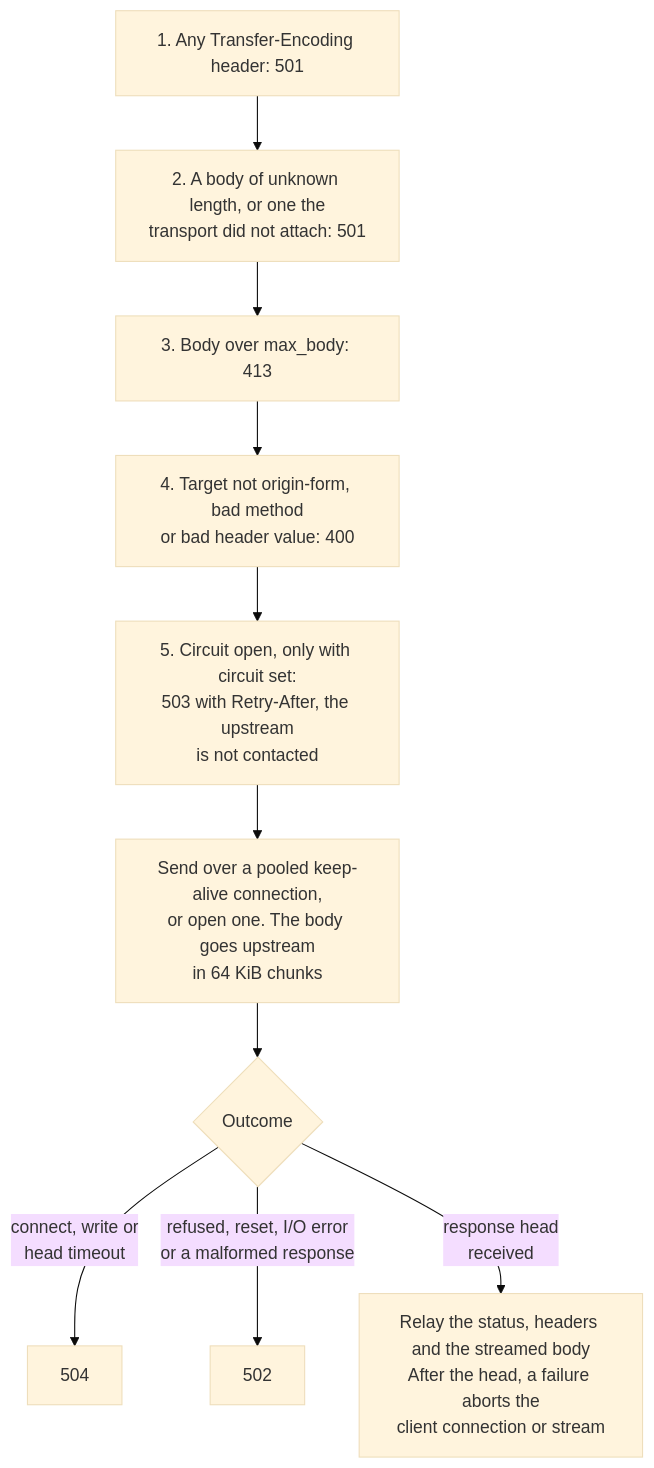
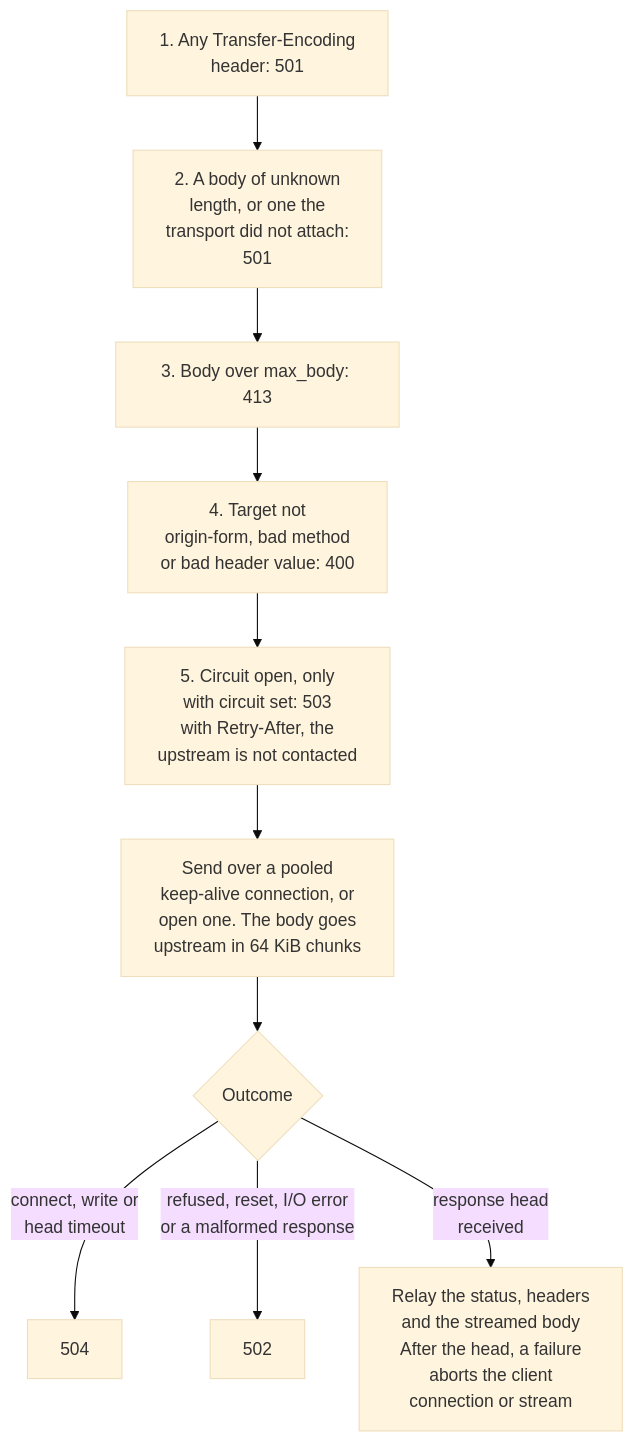
The fourth of 6 diagrams in docs/design/proxy-routing.md (BlivionIaG/sjws_nettask), drawn with Mermaid (base theme) before and after one commit. The commit also changed other lines of this file and 8 other files, not shown here.

First line of the commit message:
docs: re-wrap long diagram labels so words do not orphan

````diff
--- a/docs/design/proxy-routing.md
+++ b/docs/design/proxy-routing.md
@@ -157,12 +157,12 @@
 ```mermaid
 flowchart TD
-    c1["1. Any Transfer-Encoding header: 501"] --> c2["2. A body of unknown length, or one the<br/>transport did not attach: 501"]
+    c1["1. Any Transfer-Encoding<br/>header: 501"] --> c2["2. A body of unknown<br/>length, or one the<br/>transport did not attach:<br/>501"]
     c2 --> c3["3. Body over max_body: 413"]
-    c3 --> c4["4. Target not origin-form, bad method<br/>or bad header value: 400"]
-    c4 --> c5["5. Circuit open, only with circuit set:<br/>503 with Retry-After, the upstream<br/>is not contacted"]
-    c5 --> x["Send over a pooled keep-alive connection,<br/>or open one. The body goes upstream<br/>in 64 KiB chunks"]
+    c3 --> c4["4. Target not<br/>origin-form, bad method<br/>or bad header value: 400"]
+    c4 --> c5["5. Circuit open, only<br/>with circuit set: 503<br/>with Retry-After, the<br/>upstream is not contacted"]
+    c5 --> x["Send over a pooled<br/>keep-alive connection, or<br/>open one. The body goes<br/>upstream in 64 KiB chunks"]
     x --> o{"Outcome"}
     o -->|"connect, write or<br/>head timeout"| e504["504"]
     o -->|"refused, reset, I/O error<br/>or a malformed response"| e502["502"]
-    o -->|"response head<br/>received"| ok["Relay the status, headers and the streamed body<br/>After the head, a failure aborts the<br/>client connection or stream"]
+    o -->|"response head<br/>received"| ok["Relay the status, headers<br/>and the streamed body<br/>After the head, a failure<br/>aborts the client<br/>connection or stream"]
 ```
````
